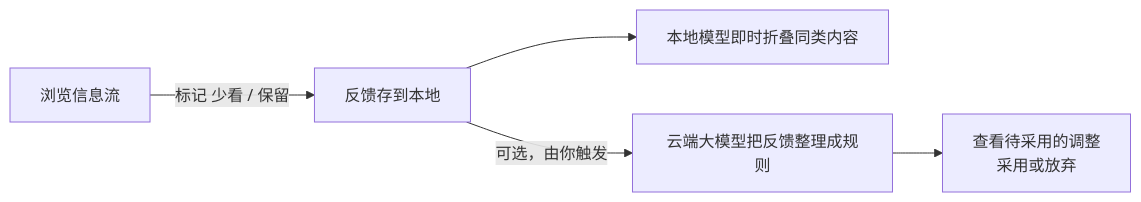
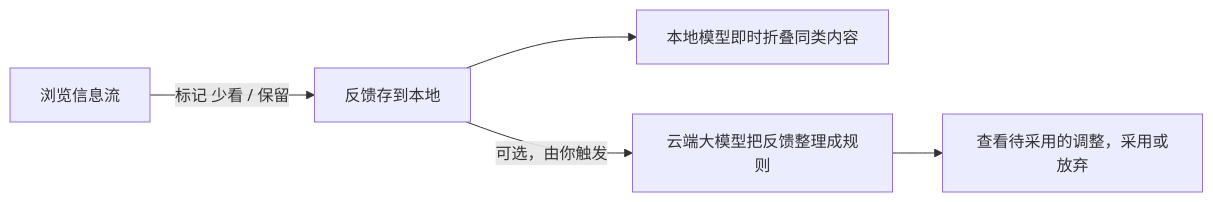
One commit to arkkwang/semantic-page-filter changed the diagram in README.zh-CN.md. Above: the diagram before and after it, drawn with Mermaid. The commit also changed 1 other file, not shown here.

Commit message:
修复 mermaid 流程图在 GitHub 不渲染的问题（节点标签去掉换行符）

````diff
--- a/README.zh-CN.md
+++ b/README.zh-CN.md
@@ -33,7 +33,7 @@
 ```mermaid
 flowchart LR
     A[浏览信息流] -->|标记 少看 / 保留| B[反馈存到本地]
     B --> C[本地模型即时折叠同类内容]
     B -->|可选，由你触发| D[云端大模型把反馈整理成规则]
-    D --> E[查看待采用的调整\n采用或放弃]
+    D --> E[查看待采用的调整，采用或放弃]
 ```
````
